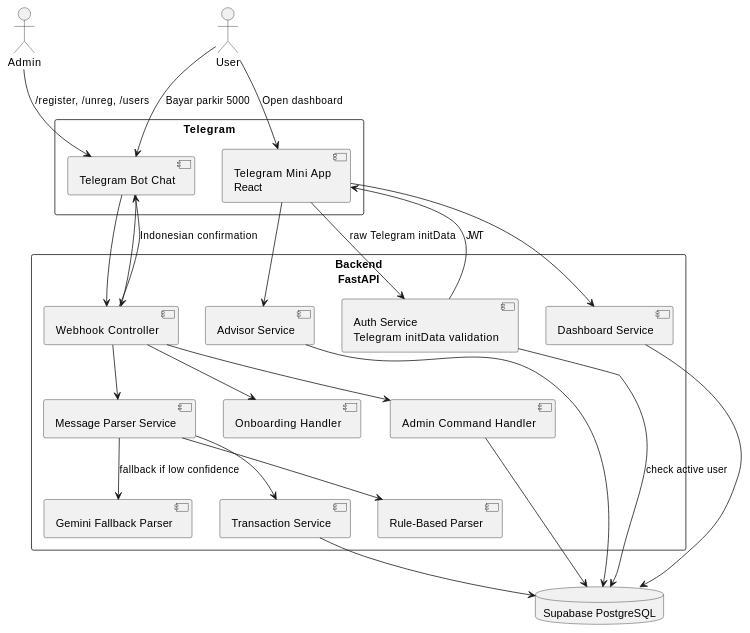
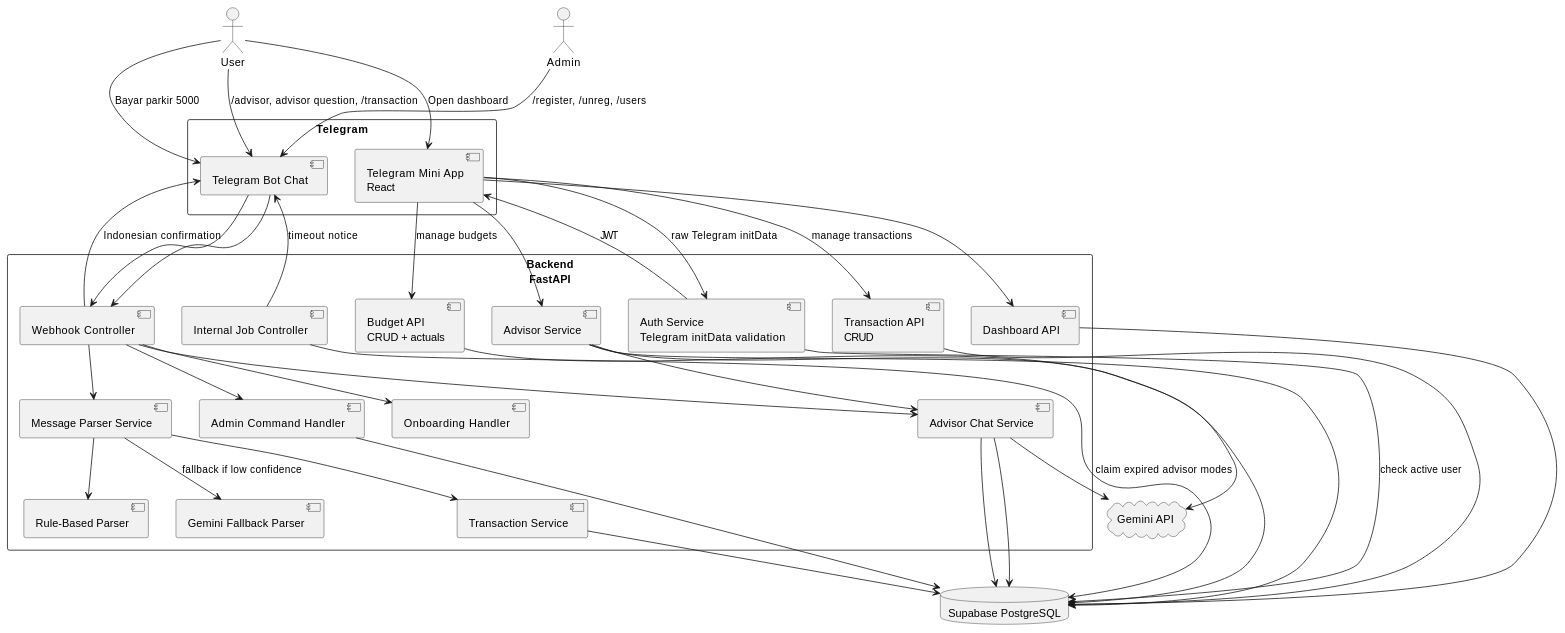
The first of 13 diagrams in docs/ARCHITECTURE.md (abdtirtayasa24/ai-expense-telegram), drawn with PlantUML before and after one commit. The commit also changed other lines of this file and 2 other files, not shown here.

Commit message:
docs: update architecture documentation

````diff
--- a/docs/ARCHITECTURE.md
+++ b/docs/ARCHITECTURE.md
@@ -9,50 +9,70 @@
 ```plantuml
 @startuml
 actor User
 actor Admin
 
 rectangle "Telegram" {
   component "Telegram Bot Chat" as Bot
   component "Telegram Mini App\nReact" as MiniApp
 }
 
 rectangle "Backend\nFastAPI" {
   component "Webhook Controller" as Webhook
   component "Admin Command Handler" as AdminCommands
   component "Onboarding Handler" as Onboarding
   component "Message Parser Service" as Parser
   component "Rule-Based Parser" as RuleParser
   component "Gemini Fallback Parser" as Gemini
   component "Transaction Service" as TxService
-  component "Dashboard Service" as Dashboard
+  component "Transaction API\nCRUD" as TxApi
+  component "Dashboard API" as Dashboard
+  component "Budget API\nCRUD + actuals" as BudgetApi
   component "Advisor Service" as Advisor
+  component "Advisor Chat Service" as AdvisorChat
   component "Auth Service\nTelegram initData validation" as Auth
+  component "Internal Job Controller" as InternalJobs
 }
 
 database "Supabase PostgreSQL" as DB
+cloud "Gemini API" as GeminiApi
 
 Admin --> Bot : /register, /unreg, /users
 Bot --> Webhook
 Webhook --> AdminCommands
 AdminCommands --> DB
 
 User --> Bot : Bayar parkir 5000
 Bot --> Webhook
 Webhook --> Onboarding
 Webhook --> Parser
 Parser --> RuleParser
 Parser --> Gemini : fallback if low confidence
 Parser --> TxService
 TxService --> DB
 Webhook --> Bot : Indonesian confirmation
 
 User --> MiniApp : Open dashboard
 MiniApp --> Auth : raw Telegram initData
 Auth --> DB : check active user
 Auth --> MiniApp : JWT
 MiniApp --> Dashboard
 Dashboard --> DB
+MiniApp --> TxApi : manage transactions
+TxApi --> DB
+MiniApp --> BudgetApi : manage budgets
+BudgetApi --> DB
 MiniApp --> Advisor
+Advisor --> AdvisorChat
 Advisor --> DB
+Advisor --> GeminiApi
+AdvisorChat --> DB
+AdvisorChat --> GeminiApi
+
+User --> Bot : /advisor, advisor question, /transaction
+Webhook --> AdvisorChat
+AdvisorChat --> DB
+
+InternalJobs --> DB : claim expired advisor modes
+InternalJobs --> Bot : timeout notice
 @enduml
 ```
````
